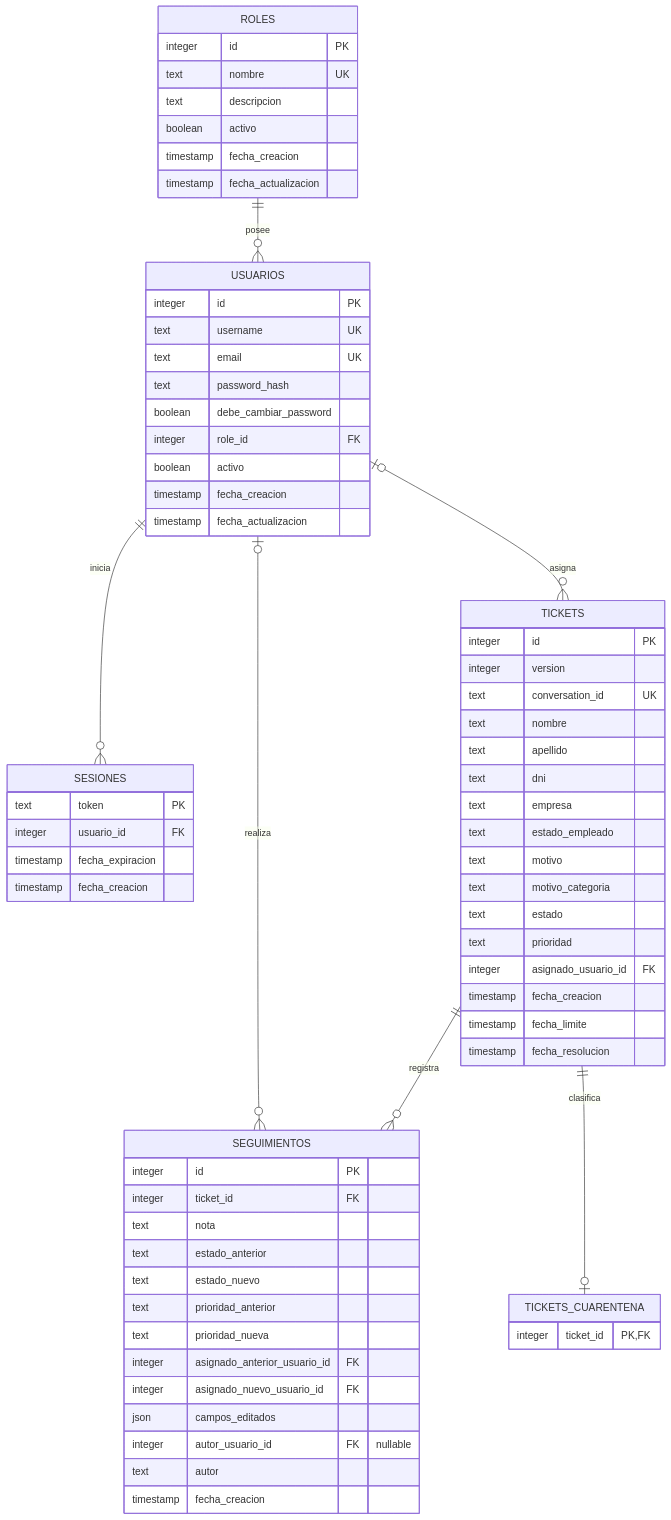
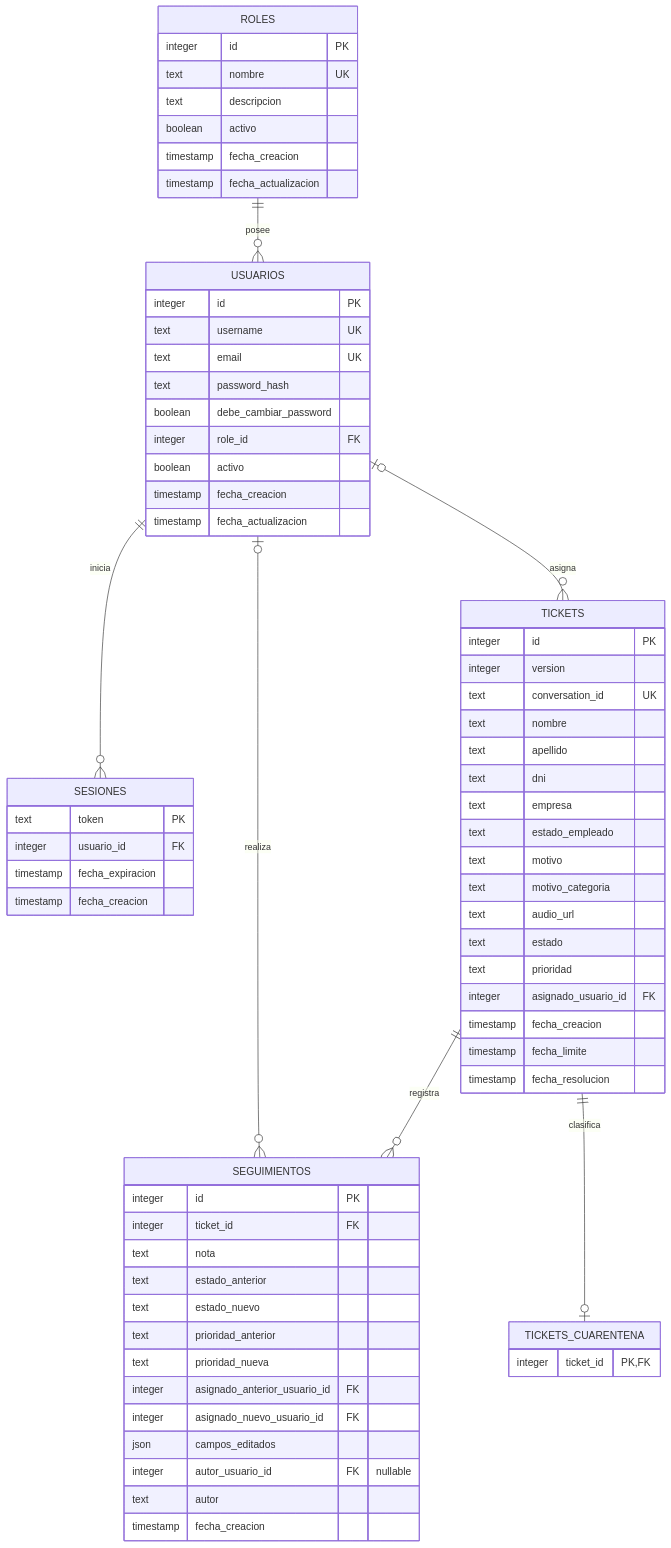
The tenth of 14 diagrams in docs/ARQUITECTURA.MD (marianoLaclau/ticketsAdmin), drawn with Mermaid before and after one commit. The commit also changed other lines of this file and 6 other files, not shown here.

````diff
--- a/docs/ARQUITECTURA.MD
+++ b/docs/ARQUITECTURA.MD
@@ -438,71 +456,72 @@
 ```mermaid
 erDiagram
     ROLES ||--o{ USUARIOS : posee
     USUARIOS ||--o{ SESIONES : inicia
     USUARIOS o|--o{ TICKETS : asigna
     USUARIOS o|--o{ SEGUIMIENTOS : realiza
     TICKETS ||--o{ SEGUIMIENTOS : registra
     TICKETS ||--o| TICKETS_CUARENTENA : clasifica
 
     ROLES {
         integer id PK
         text nombre UK
         text descripcion
         boolean activo
         timestamp fecha_creacion
         timestamp fecha_actualizacion
     }
     USUARIOS {
         integer id PK
         text username UK
         text email UK
         text password_hash
         boolean debe_cambiar_password
         integer role_id FK
         boolean activo
         timestamp fecha_creacion
         timestamp fecha_actualizacion
     }
     SESIONES {
         text token PK
         integer usuario_id FK
         timestamp fecha_expiracion
         timestamp fecha_creacion
     }
     TICKETS {
         integer id PK
         integer version
         text conversation_id UK
         text nombre
         text apellido
         text dni
         text empresa
         text estado_empleado
         text motivo
         text motivo_categoria
+        text audio_url
         text estado
         text prioridad
         integer asignado_usuario_id FK
         timestamp fecha_creacion
         timestamp fecha_limite
         timestamp fecha_resolucion
     }
     SEGUIMIENTOS {
         integer id PK
         integer ticket_id FK
         text nota
         text estado_anterior
         text estado_nuevo
         text prioridad_anterior
         text prioridad_nueva
         integer asignado_anterior_usuario_id FK
         integer asignado_nuevo_usuario_id FK
         json campos_editados
         integer autor_usuario_id FK "nullable"
         text autor
         timestamp fecha_creacion
     }
     TICKETS_CUARENTENA {
         integer ticket_id PK, FK
     }
 ```
````
